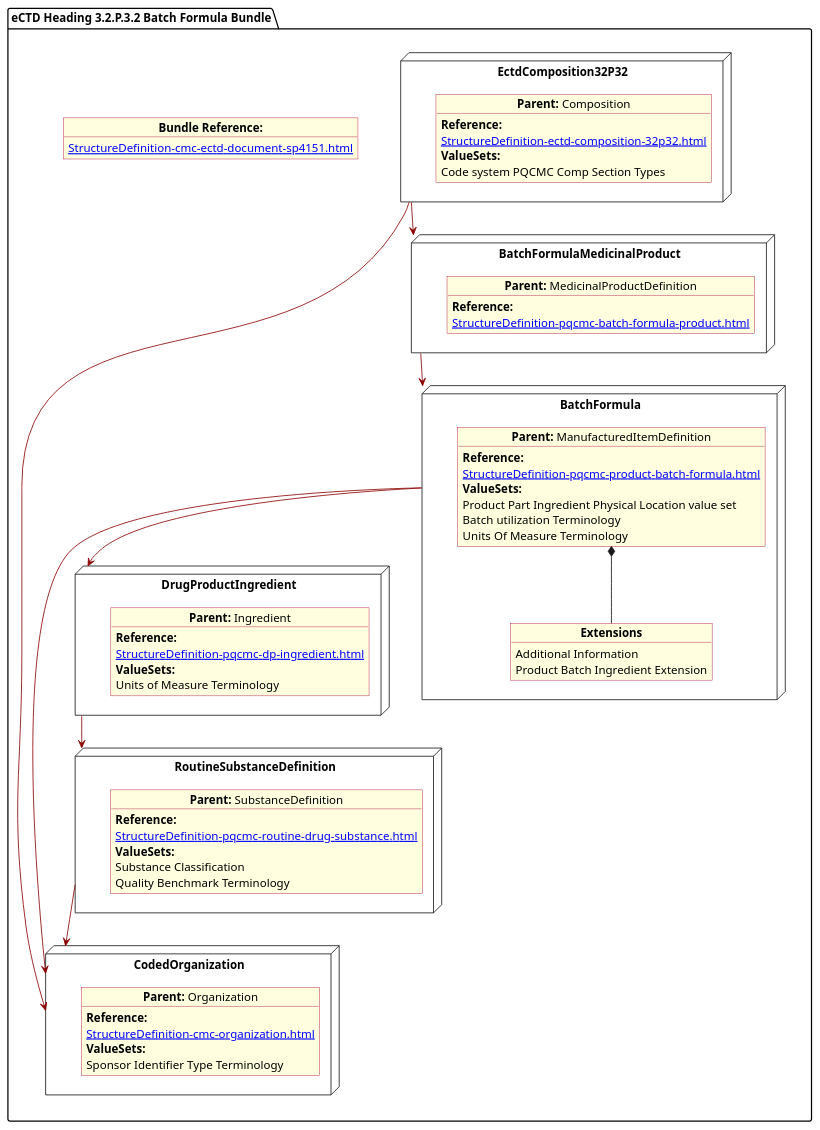
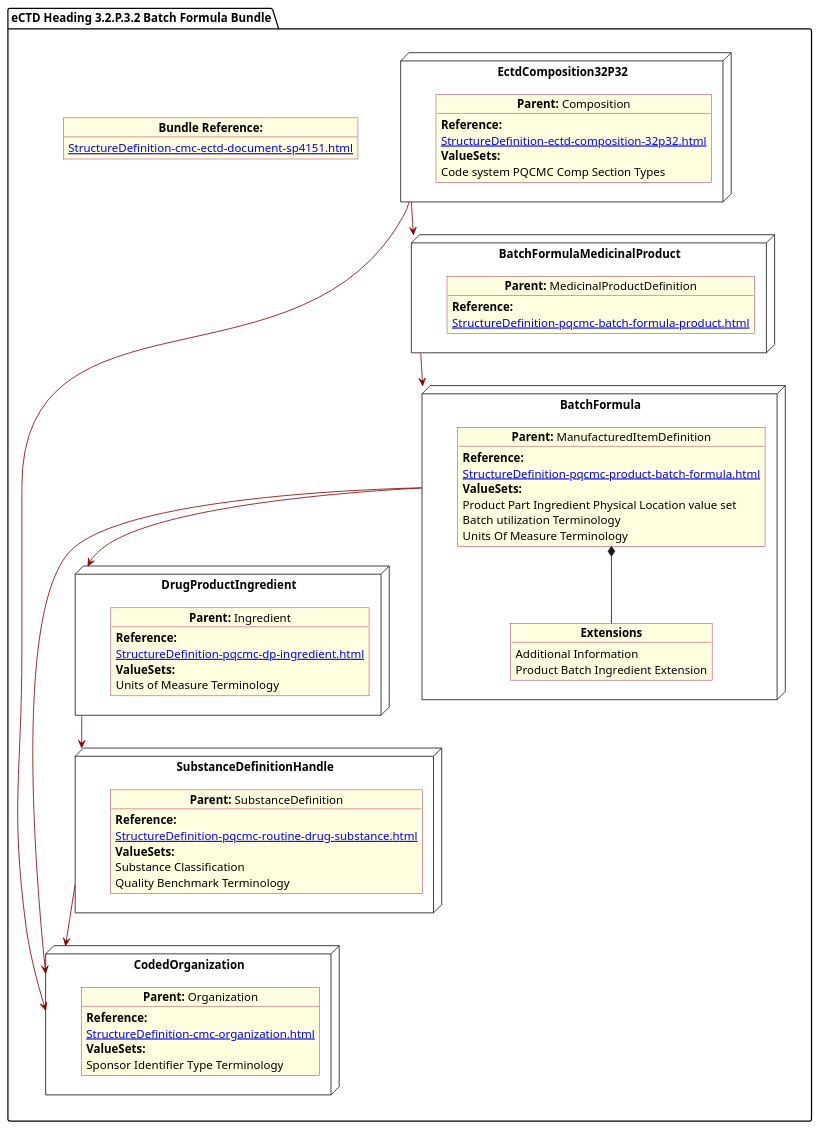
The diagram in input/images-source/BatchForm.plantuml (HL7/FHIR-us-pq-cmc-fda), drawn with PlantUML before and after one commit. The commit also changed 21 other files, not shown here.

```diff
--- a/input/images-source/BatchForm.plantuml
+++ b/input/images-source/BatchForm.plantuml
@@ -1,89 +1,89 @@
 @startuml BatchForm
 allowmixing
 'Mixed model of use case and object
 skinparam svgDimensionStyle false
 skinparam ObjectBackgroundColor LightYellow
 skinparam ObjectBorderColor #A80036
 skinparam activityDiamondBorderColor #A80036
 skinparam activityDiamondBackgroundColor lawnGreen
 skinparam ClassBorderThickness 4
 
 package "eCTD Heading 3.2.P.3.2 Batch Formula Bundle" as NODES {
 
    object "**Bundle Reference:**" as objbun {
               [[StructureDefinition-cmc-ectd-document-sp4151.html]]
     }  
 
  
 node "CodedOrganization" as NSO { 
       object "**Parent:** Organization" as objAu {
         **Reference:**
       [[StructureDefinition-cmc-organization.html]]
         **ValueSets:**
         Sponsor Identifier Type Terminology 
     }
 }
 
 node "DrugProductIngredient" as NNgred { 
       object "**Parent:** Ingredient" as obj10 {
              **Reference:**
       [[StructureDefinition-pqcmc-dp-ingredient.html]]
         **ValueSets:**
         Units of Measure Terminology    
       }      
 
 }
  node "EctdComposition32P32" as N1 { 
       object "**Parent:** Composition" as obj1 {
                    **Reference:**
       [[StructureDefinition-ectd-composition-32p32.html]]
       **ValueSets:**
   Code system PQCMC Comp Section Types
     }
      
 }
 
-node "RoutineSubstanceDefinition" as NNS { 
+node "SubstanceDefinitionHandle" as NNS { 
       object "**Parent:** SubstanceDefinition" as obj4 {
                    **Reference:**
       [[StructureDefinition-pqcmc-routine-drug-substance.html]]
                 **ValueSets:**
                 Substance Classification
                 Quality Benchmark Terminology
       }  
 }
 node "BatchFormulaMedicinalProduct" as NN2 { 
       object "**Parent:** MedicinalProductDefinition" as obj32 {
                    **Reference:**
       [[StructureDefinition-pqcmc-batch-formula-product.html]]
           
       }
 }
 
 node "BatchFormula" as NN { 
       object "**Parent:** ManufacturedItemDefinition" as obj3 {
          **Reference:**
       [[StructureDefinition-pqcmc-product-batch-formula.html]]
         **ValueSets:**
         Product Part Ingredient Physical Location value set        
         Batch utilization Terminology
         Units Of Measure Terminology
       } 
       object "**Extensions**" as objExs2 {
         Additional Information
         Product Batch Ingredient Extension
 }
 
  obj3 *-- objExs2     
 }
 
 NN -[#darkred]-> NSO
 NN -[#darkred]-> NNgred
 NN2 -[#darkred]-> NN
 N1 -[#darkred]-> NN2
 N1 -[#darkred]-> NSO        
 NNS -[#darkred]-> NSO
 NNgred -[#darkred]-> NNS
 
 }
 @enduml
```
